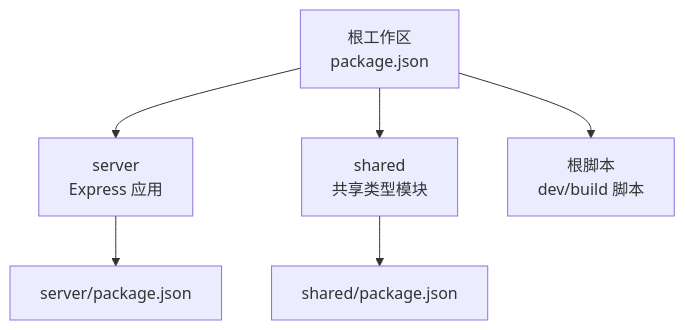
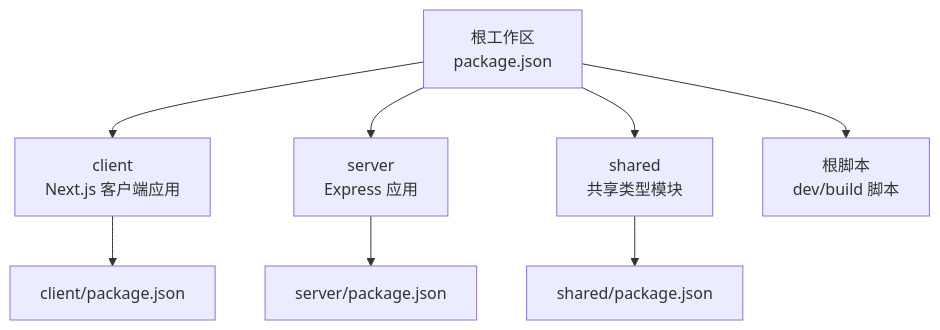
One commit to aHin0805/FH6CarSettingAgent changed the first of 8 diagrams in .qoder/repowiki/zh/content/系统架构.md. Above: the diagram before and after it, drawn with Mermaid. The commit also changed other lines of this file and 12 other files, not shown here.

````diff
--- a/.qoder/repowiki/zh/content/系统架构.md
+++ b/.qoder/repowiki/zh/content/系统架构.md
@@ -36,8 +56,10 @@
 ```mermaid
 graph TB
-Root["根工作区<br/>package.json"] --> Server["server<br/>Express 应用"]
+Root["根工作区<br/>package.json"] --> Client["client<br/>Next.js 客户端应用"]
+Root --> Server["server<br/>Express 应用"]
 Root --> Shared["shared<br/>共享类型模块"]
+Client --> ClientPkg["client/package.json"]
 Server --> ServerPkg["server/package.json"]
 Shared --> SharedPkg["shared/package.json"]
 Root --> Scripts["根脚本<br/>dev/build 脚本"]
 ```
````
